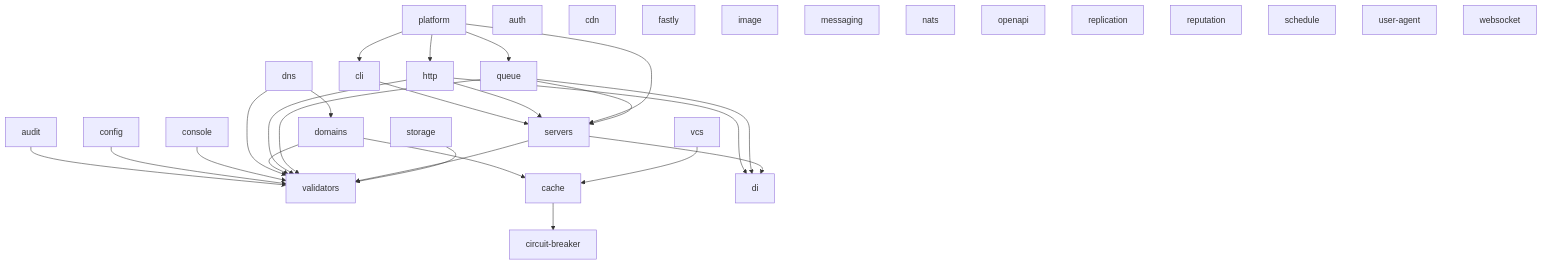
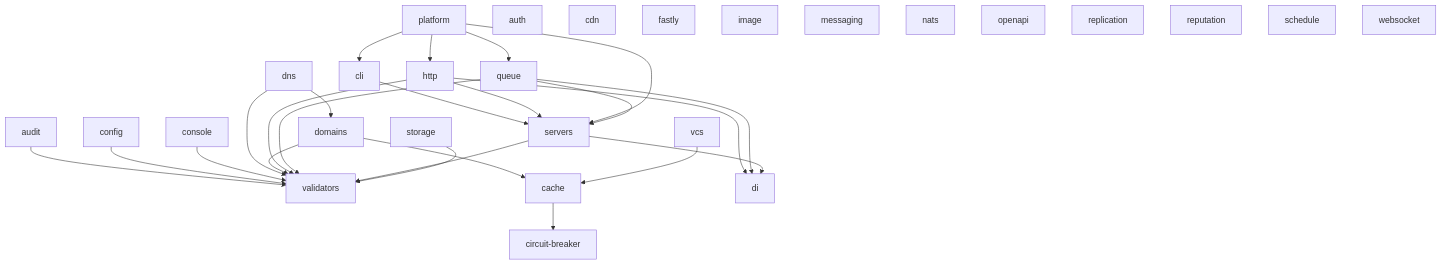
The diagram in README.md (Neekoras/monorepo), drawn with Mermaid before and after one commit. The commit also changed other lines of this file and 23 other files, not shown here.

First line of the commit message:
chore: retire user-agent after its move to Appwrite

````diff
--- a/README.md
+++ b/README.md
@@ -52,38 +52,37 @@
 ```mermaid
 graph TD
     audit --> validators
     cache --> circuit-breaker
     cli --> servers
     config --> validators
     console --> validators
     dns --> validators
     dns --> domains
     domains --> validators
     domains --> cache
     http --> di
     http --> servers
     http --> validators
     platform --> cli
     platform --> http
     platform --> queue
     platform --> servers
     queue --> di
     queue --> servers
     queue --> validators
     servers --> di
     servers --> validators
     storage --> validators
     vcs --> cache
     auth
     cdn
     fastly
     image
     messaging
     nats
     openapi
     replication
     reputation
     schedule
-    user-agent
     websocket
 ```
````
